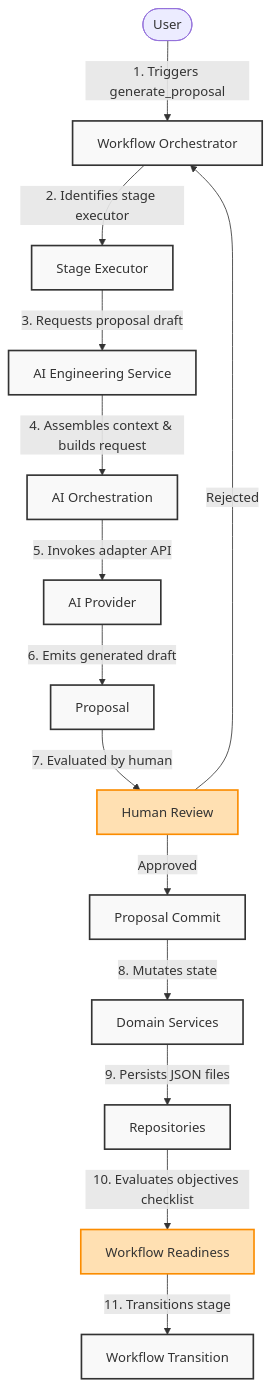
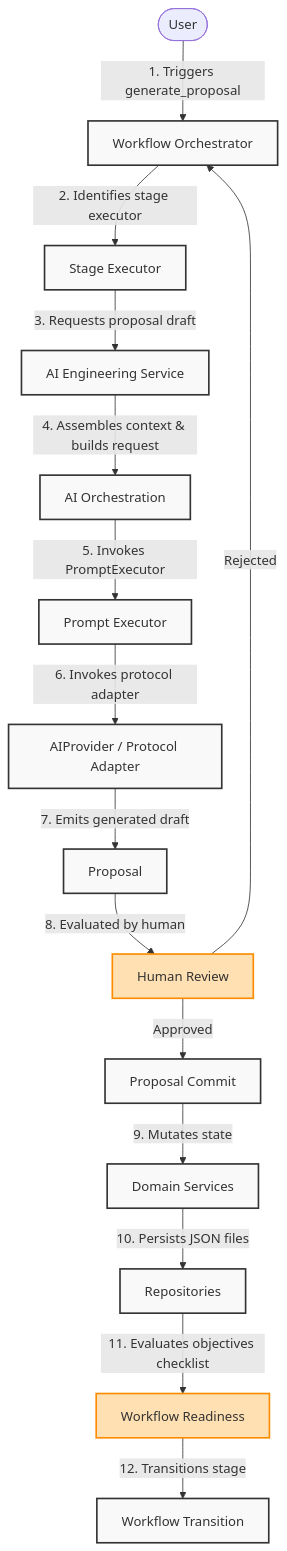
One commit to sahil-mangla/atlas changed the diagram in docs/diagrams/request-lifecycle.md. Above: the diagram before and after it, drawn with Mermaid. The commit also changed 34 other files, not shown here.

````diff
--- a/docs/diagrams/request-lifecycle.md
+++ b/docs/diagrams/request-lifecycle.md
@@ -5,21 +5,22 @@
 ```mermaid
 graph TD
     classDef step fill:#f9f9f9,stroke:#333,stroke-width:2px;
     classDef gate fill:#ffe0b2,stroke:#fb8c00,stroke-width:2px;
 
     User([User]) -->|1. Triggers generate_proposal| WO[Workflow Orchestrator]:::step
     WO -->|2. Identifies stage executor| SE[Stage Executor]:::step
     SE -->|3. Requests proposal draft| AES[AI Engineering Service]:::step
     AES -->|4. Assembles context & builds request| AO[AI Orchestration]:::step
-    AO -->|5. Invokes adapter API| AP[AI Provider]:::step
-    AP -->|6. Emits generated draft| Prop[Proposal]:::step
-    Prop -->|7. Evaluated by human| HR[Human Review]:::gate
+    AO -->|5. Invokes PromptExecutor| PE[Prompt Executor]:::step
+    PE -->|6. Invokes protocol adapter| AP[AIProvider / Protocol Adapter]:::step
+    AP -->|7. Emits generated draft| Prop[Proposal]:::step
+    Prop -->|8. Evaluated by human| HR[Human Review]:::gate
     
     HR -->|Approved| PC[Proposal Commit]:::step
     HR -->|Rejected| WO
     
-    PC -->|8. Mutates state| DS[Domain Services]:::step
-    DS -->|9. Persists JSON files| Repos[Repositories]:::step
-    Repos -->|10. Evaluates objectives checklist| WR[Workflow Readiness]:::gate
-    WR -->|11. Transitions stage| WT[Workflow Transition]:::step
+    PC -->|9. Mutates state| DS[Domain Services]:::step
+    DS -->|10. Persists JSON files| Repos[Repositories]:::step
+    Repos -->|11. Evaluates objectives checklist| WR[Workflow Readiness]:::gate
+    WR -->|12. Transitions stage| WT[Workflow Transition]:::step
 ```
````
